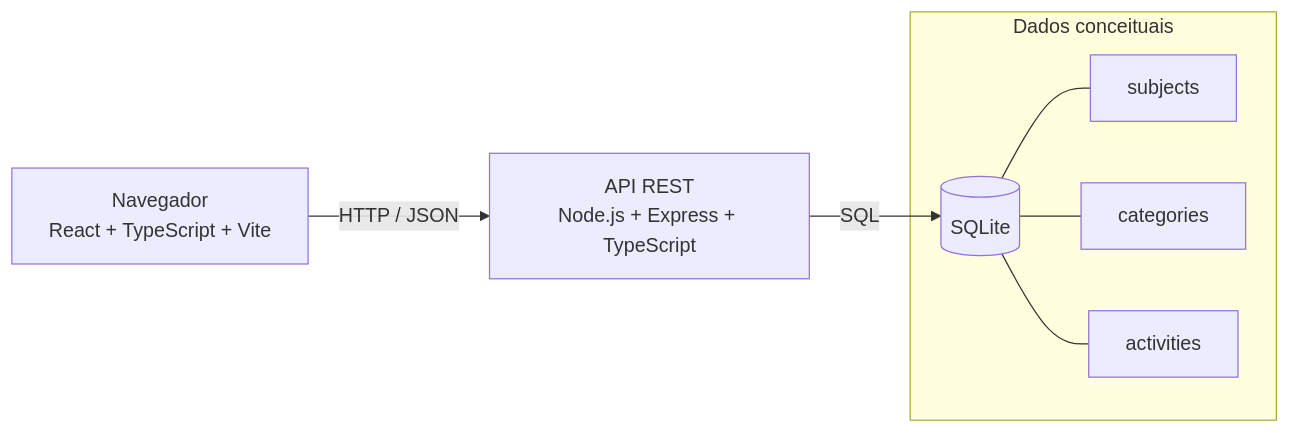
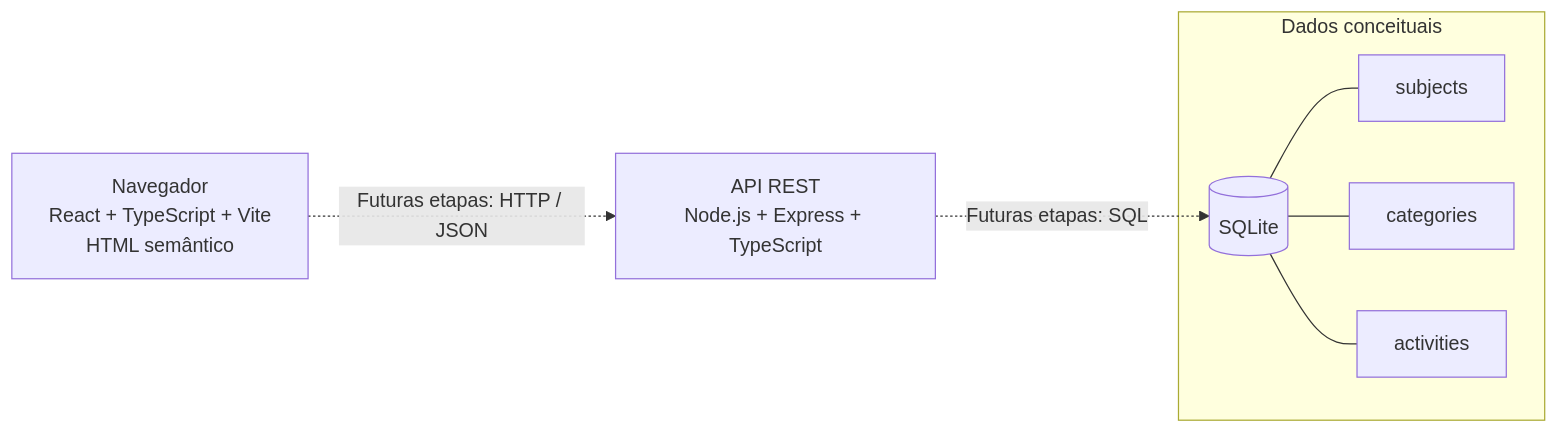
Before and after one commit to devjpedro05/taskly: the diagram in docs/arquitetura.md, drawn with Mermaid. The commit also changed other lines of this file and 20 other files, not shown here.

````diff
--- a/docs/arquitetura.md
+++ b/docs/arquitetura.md
@@ -7,11 +7,12 @@
 ```mermaid
 flowchart LR
-    A[Navegador<br/>React + TypeScript + Vite] -->|HTTP / JSON| B[API REST<br/>Node.js + Express + TypeScript]
-    B -->|SQL| C[(SQLite)]
+    A[Navegador<br/>React + TypeScript + Vite<br/>HTML semântico]
+    A -.->|Futuras etapas: HTTP / JSON| B[API REST<br/>Node.js + Express + TypeScript]
+    B -.->|Futuras etapas: SQL| C[(SQLite)]
 
     subgraph Dados conceituais
       C --- D[subjects]
       C --- E[categories]
       C --- F[activities]
     end
 ```
````
